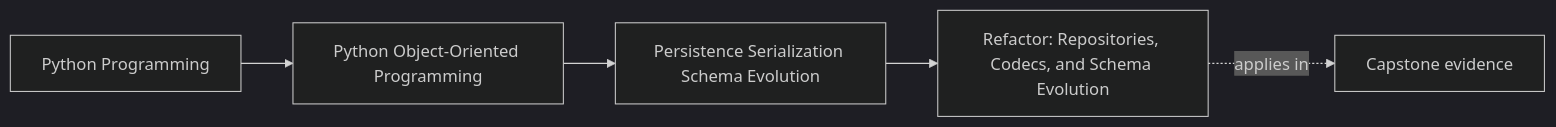
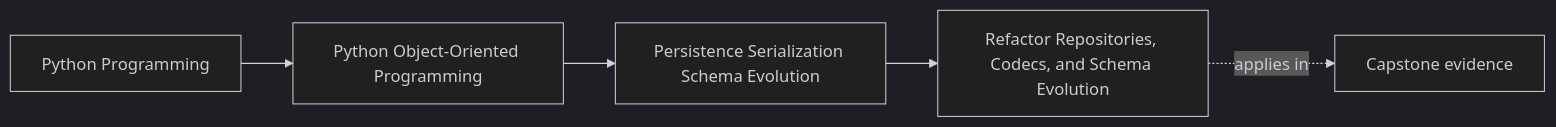
The first of 2 diagrams in programs/python-programming/python-object-oriented-programming/course-book/module-06-persistence-serialization-schema-evolution/refactor-repositories-codecs-and-schema-evolution.md (bijux/bijux-masterclass), drawn with Mermaid (dark theme) before and after one commit. The commit also changed other lines of this file, not shown here.

````diff
--- a/programs/python-programming/python-object-oriented-programming/course-book/module-06-persistence-serialization-schema-evolution/refactor-repositories-codecs-and-schema-evolution.md
+++ b/programs/python-programming/python-object-oriented-programming/course-book/module-06-persistence-serialization-schema-evolution/refactor-repositories-codecs-and-schema-evolution.md
@@ -7,11 +6,11 @@
 ```mermaid
 graph LR
   family["Python Programming"]
   program["Python Object-Oriented Programming"]
   section["Persistence Serialization Schema Evolution"]
-  page["Refactor: Repositories, Codecs, and Schema Evolution"]
+  page["Refactor Repositories, Codecs, and Schema Evolution"]
   capstone["Capstone evidence"]
 
   family --> program --> section --> page
   page -.applies in.-> capstone
 ```
````
